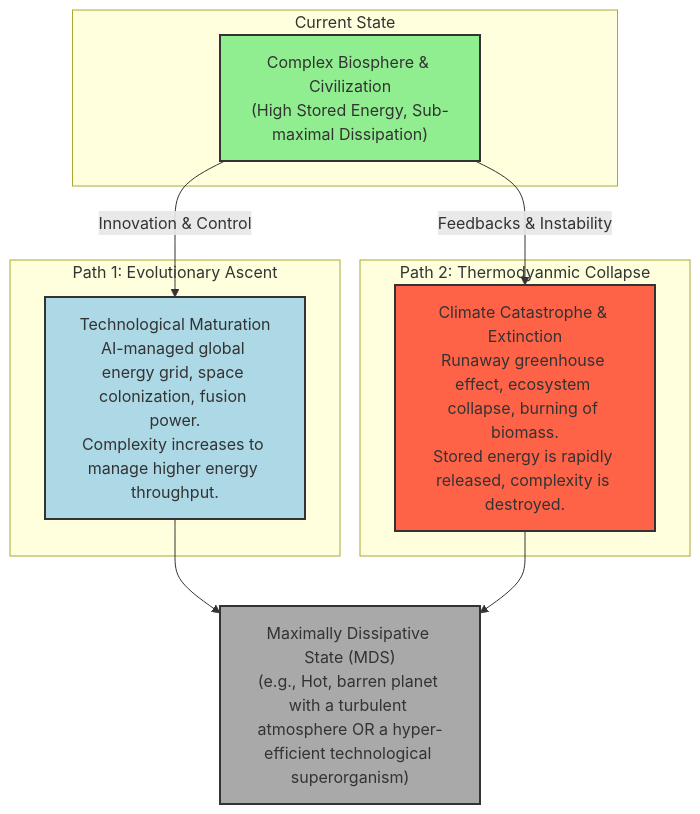
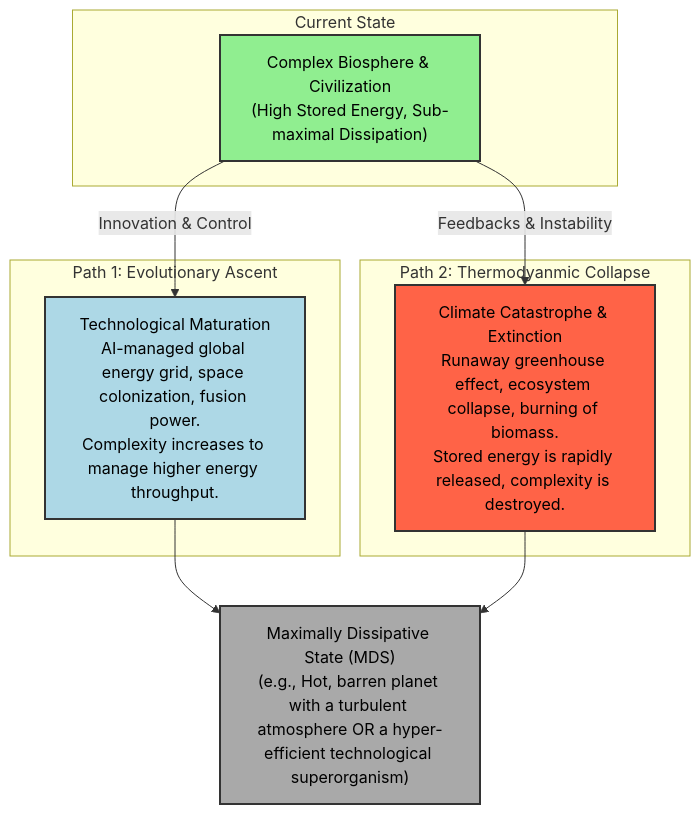
One commit to Felipegalind0/Thermodynamic-Evolution changed the second of 2 diagrams in paper_draft.md. Above: the diagram before and after it, drawn with Mermaid.

Commit message:
fix text theme

````diff
--- a/paper_draft.md
+++ b/paper_draft.md
@@ -73,26 +73,26 @@
 ```mermaid
 graph TD
     subgraph "Current State"
         A["Complex Biosphere & Civilization<br>(High Stored Energy, Sub-maximal Dissipation)"]
     end
 
     subgraph "Path 1: Evolutionary Ascent"
         B["Technological Maturation<br>AI-managed global energy grid, space colonization, fusion power.<br>Complexity increases to manage higher energy throughput."]
     end
 
     subgraph "Path 2: Thermodyanmic Collapse"
         C["Climate Catastrophe & Extinction<br>Runaway greenhouse effect, ecosystem collapse, burning of biomass.<br>Stored energy is rapidly released, complexity is destroyed."]
     end
 
     D["Maximally Dissipative State (MDS)<br>(e.g., Hot, barren planet with a turbulent atmosphere OR a hyper-efficient technological superorganism)"]
 
     A -->|Innovation & Control| B
     A -->|Feedbacks & Instability| C
     B --> D
     C --> D
 
-    style A fill:#90EE90,stroke:#333,stroke-width:2px
-    style B fill:#ADD8E6,stroke:#333,stroke-width:2px
-    style C fill:#FF6347,stroke:#333,stroke-width:2px
-    style D fill:#A9A9A9,stroke:#333,stroke-width:2px
+    style A fill:#90EE90,stroke:#333,stroke-width:2px,color:#000
+    style B fill:#ADD8E6,stroke:#333,stroke-width:2px,color:#000
+    style C fill:#FF6347,stroke:#333,stroke-width:2px,color:#000
+    style D fill:#A9A9A9,stroke:#333,stroke-width:2px,color:#000
 ```
````
